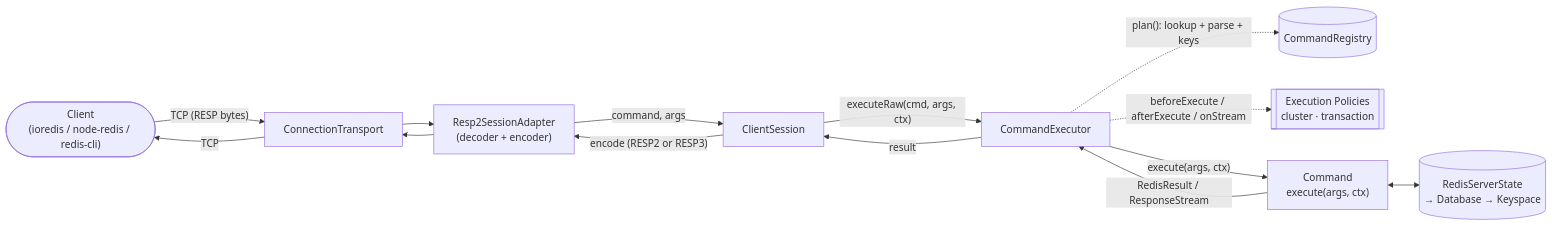
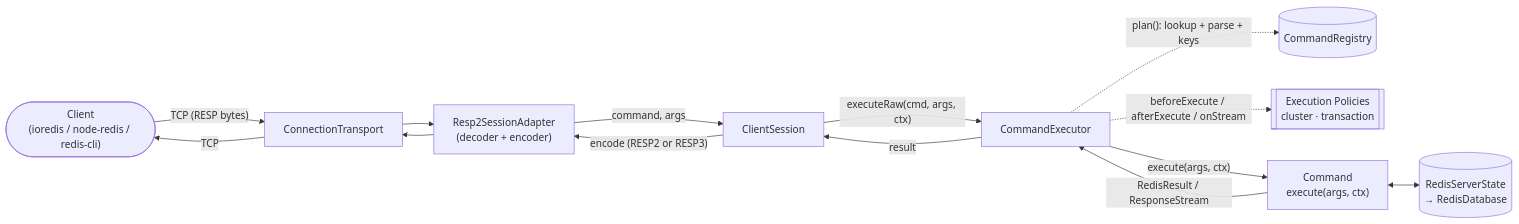
One commit to fatal10110/js-redis-server changed the first of 6 diagrams in docs/ARCHITECTURE.md. Above: the diagram before and after it, drawn with Mermaid. The commit also changed other lines of this file and 8 other files, not shown here.

First line of the commit message:
refactor: collapse RedisKeyspace into RedisDatabase (#375)

````diff
--- a/docs/ARCHITECTURE.md
+++ b/docs/ARCHITECTURE.md
@@ -27,26 +27,26 @@
 ```mermaid
 flowchart LR
     A(["Client<br/>(ioredis / node-redis / redis-cli)"])
     B[ConnectionTransport]
     C["Resp2SessionAdapter<br/>(decoder + encoder)"]
     D[ClientSession]
     F[CommandExecutor]
     G[(CommandRegistry)]
     H[[Execution Policies<br/>cluster · transaction]]
     I["Command<br/>execute(args, ctx)"]
-    J[(RedisServerState<br/>→ Database → Keyspace)]
+    J[(RedisServerState<br/>→ RedisDatabase)]
 
     A -- "TCP (RESP bytes)" --> B
     B --> C
     C -- "command, args" --> D
     D -- "executeRaw(cmd, args, ctx)" --> F
     F -. "plan(): lookup + parse + keys" .-> G
     F -. "beforeExecute / afterExecute / onStream" .-> H
     F -- "execute(args, ctx)" --> I
     I <--> J
     I -- "RedisResult / ResponseStream" --> F
     F -- result --> D
     D -- "encode (RESP2 or RESP3)" --> C
     C --> B
     B -- TCP --> A
 ```
````
